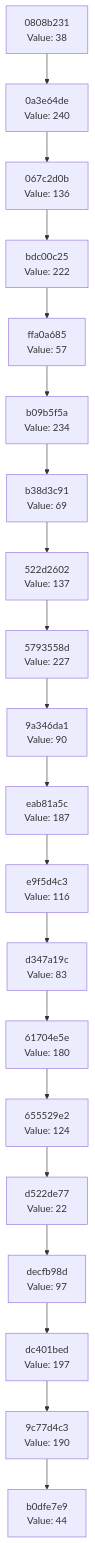
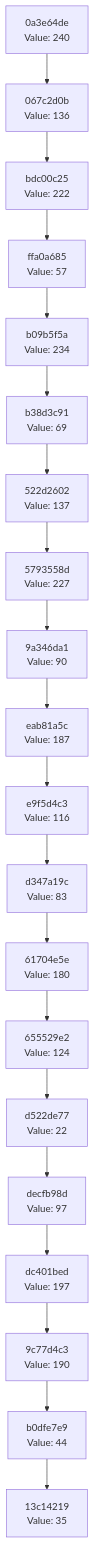
Before and after one commit to Abhisheksinha1506/hash-chain-evolver: the diagram in docs/CHAIN_VISUALIZATION.md, drawn with Mermaid. The commit also changed 3 other files, not shown here.

````diff
--- a/docs/CHAIN_VISUALIZATION.md
+++ b/docs/CHAIN_VISUALIZATION.md
@@ -3,42 +3,42 @@
 ```mermaid
 graph TD
-    C0["b0dfe7e9<br/>Value: 44"]
-    C1["9c77d4c3<br/>Value: 190"]
+    C0["13c14219<br/>Value: 35"]
+    C1["b0dfe7e9<br/>Value: 44"]
     C1 --> C0
-    C2["dc401bed<br/>Value: 197"]
+    C2["9c77d4c3<br/>Value: 190"]
     C2 --> C1
-    C3["decfb98d<br/>Value: 97"]
+    C3["dc401bed<br/>Value: 197"]
     C3 --> C2
-    C4["d522de77<br/>Value: 22"]
+    C4["decfb98d<br/>Value: 97"]
     C4 --> C3
-    C5["655529e2<br/>Value: 124"]
+    C5["d522de77<br/>Value: 22"]
     C5 --> C4
-    C6["61704e5e<br/>Value: 180"]
+    C6["655529e2<br/>Value: 124"]
     C6 --> C5
-    C7["d347a19c<br/>Value: 83"]
+    C7["61704e5e<br/>Value: 180"]
     C7 --> C6
-    C8["e9f5d4c3<br/>Value: 116"]
+    C8["d347a19c<br/>Value: 83"]
     C8 --> C7
-    C9["eab81a5c<br/>Value: 187"]
+    C9["e9f5d4c3<br/>Value: 116"]
     C9 --> C8
-    C10["9a346da1<br/>Value: 90"]
+    C10["eab81a5c<br/>Value: 187"]
     C10 --> C9
-    C11["5793558d<br/>Value: 227"]
+    C11["9a346da1<br/>Value: 90"]
     C11 --> C10
-    C12["522d2602<br/>Value: 137"]
+    C12["5793558d<br/>Value: 227"]
     C12 --> C11
-    C13["b38d3c91<br/>Value: 69"]
+    C13["522d2602<br/>Value: 137"]
     C13 --> C12
-    C14["b09b5f5a<br/>Value: 234"]
+    C14["b38d3c91<br/>Value: 69"]
     C14 --> C13
-    C15["ffa0a685<br/>Value: 57"]
+    C15["b09b5f5a<br/>Value: 234"]
     C15 --> C14
-    C16["bdc00c25<br/>Value: 222"]
+    C16["ffa0a685<br/>Value: 57"]
     C16 --> C15
-    C17["067c2d0b<br/>Value: 136"]
+    C17["bdc00c25<br/>Value: 222"]
     C17 --> C16
-    C18["0a3e64de<br/>Value: 240"]
+    C18["067c2d0b<br/>Value: 136"]
     C18 --> C17
-    C19["0808b231<br/>Value: 38"]
+    C19["0a3e64de<br/>Value: 240"]
     C19 --> C18
 ```
````
